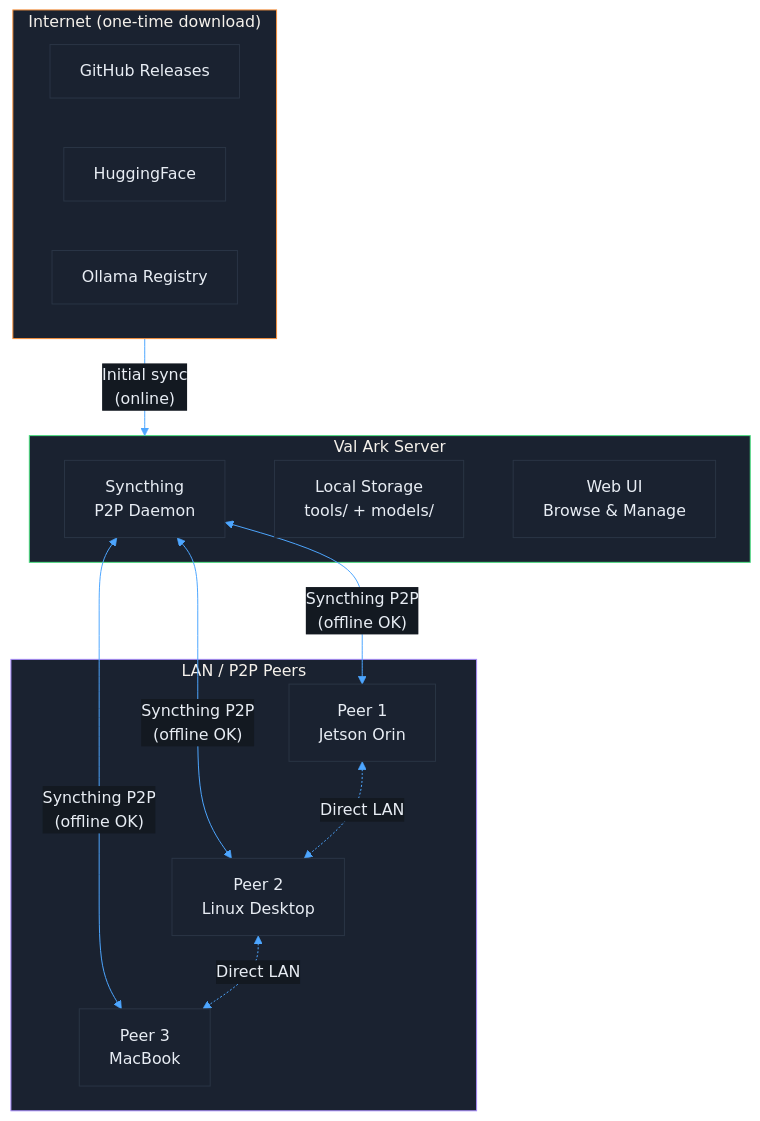
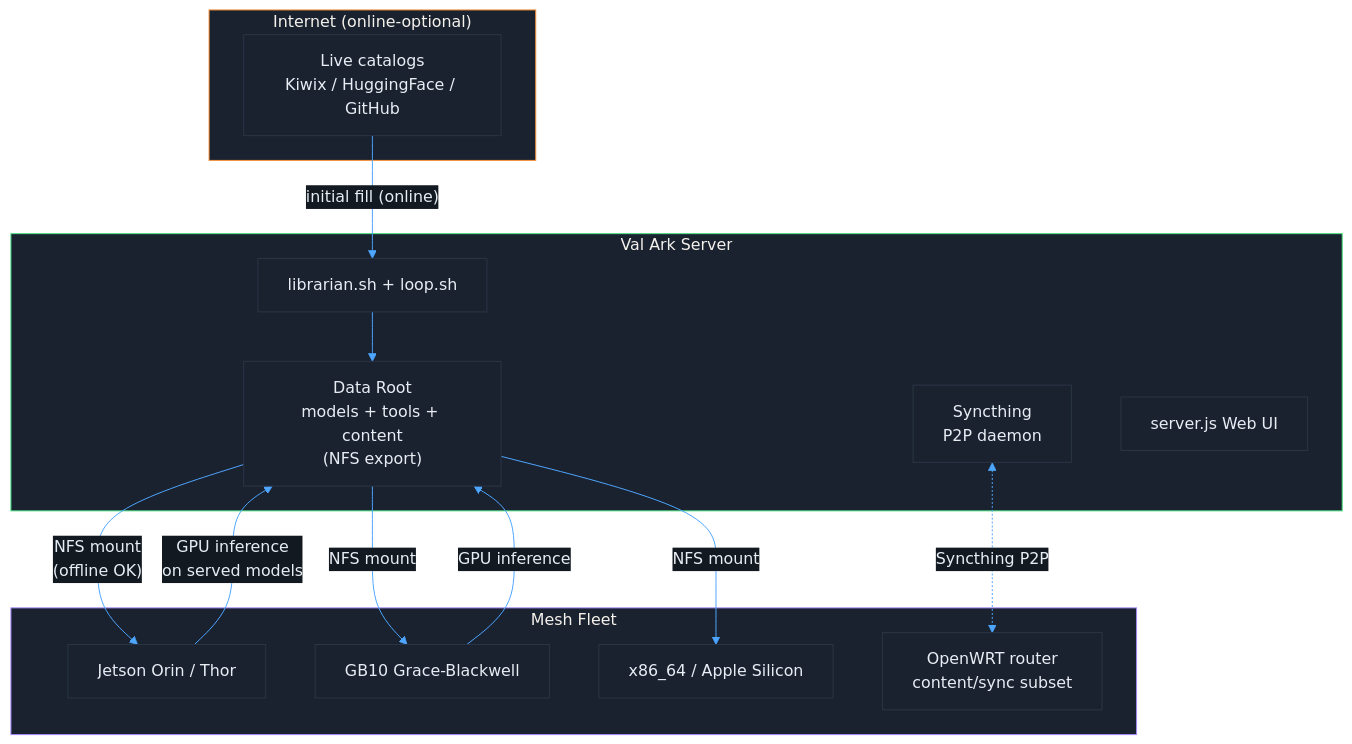
The fourth of 6 diagrams in docs/ARCHITECTURE.md (mvalancy/val-ark), drawn with Mermaid before and after one commit. The commit also changed other lines of this file and 13 other files, not shown here.

````diff
--- a/docs/ARCHITECTURE.md
+++ b/docs/ARCHITECTURE.md
@@ -154,38 +181,40 @@
 ```mermaid
 %%{init: {'theme': 'base', 'themeVariables': {
   'primaryColor': '#1a2230',
   'primaryBorderColor': '#2a3545',
   'primaryTextColor': '#e8edf4',
   'lineColor': '#4da6ff',
   'secondaryColor': '#131921',
   'tertiaryColor': '#0a0e14'
 }}}%%
 graph TB
-    subgraph Internet["Internet (one-time download)"]
+    subgraph Internet["Internet (online-optional)"]
         style Internet fill:#1a2230,stroke:#fb923c
-        GITHUB["GitHub Releases"]
-        HF["HuggingFace"]
-        OLLAMA["Ollama Registry"]
+        CAT["Live catalogs<br/>Kiwix / HuggingFace / GitHub"]
     end
 
     subgraph Server["Val Ark Server"]
         style Server fill:#1a2230,stroke:#4ade80
-        SYNC["Syncthing<br/>P2P Daemon"]
-        STORE["Local Storage<br/>tools/ + models/"]
-        WEBUI["Web UI<br/>Browse & Manage"]
+        LIB["librarian.sh + loop.sh"]
+        STORE["Data Root<br/>models + tools + content<br/>(NFS export)"]
+        SYNC["Syncthing<br/>P2P daemon"]
+        WEBUI["server.js Web UI"]
     end
 
-    subgraph Peers["LAN / P2P Peers"]
-        style Peers fill:#1a2230,stroke:#a78bfa
-        PEER1["Peer 1<br/>Jetson Orin"]
-        PEER2["Peer 2<br/>Linux Desktop"]
-        PEER3["Peer 3<br/>MacBook"]
+    subgraph Fleet["Mesh Fleet"]
+        style Fleet fill:#1a2230,stroke:#a78bfa
+        N1["Jetson Orin / Thor"]
+        N2["GB10 Grace-Blackwell"]
+        N3["x86_64 / Apple Silicon"]
+        RT["OpenWRT router<br/>content/sync subset"]
     end
 
-    Internet -->|"Initial sync<br/>(online)"| Server
-    SYNC <-->|"Syncthing P2P<br/>(offline OK)"| PEER1
-    SYNC <-->|"Syncthing P2P<br/>(offline OK)"| PEER2
-    SYNC <-->|"Syncthing P2P<br/>(offline OK)"| PEER3
-    PEER1 <-.->|"Direct LAN"| PEER2
-    PEER2 <-.->|"Direct LAN"| PEER3
+    CAT -->|"initial fill (online)"| LIB
+    LIB --> STORE
+    STORE -->|"NFS mount<br/>(offline OK)"| N1
+    STORE -->|"NFS mount"| N2
+    STORE -->|"NFS mount"| N3
+    N1 -->|"GPU inference<br/>on served models"| STORE
+    N2 -->|"GPU inference"| STORE
+    SYNC <-.->|"Syncthing P2P"| RT
 ```
````
